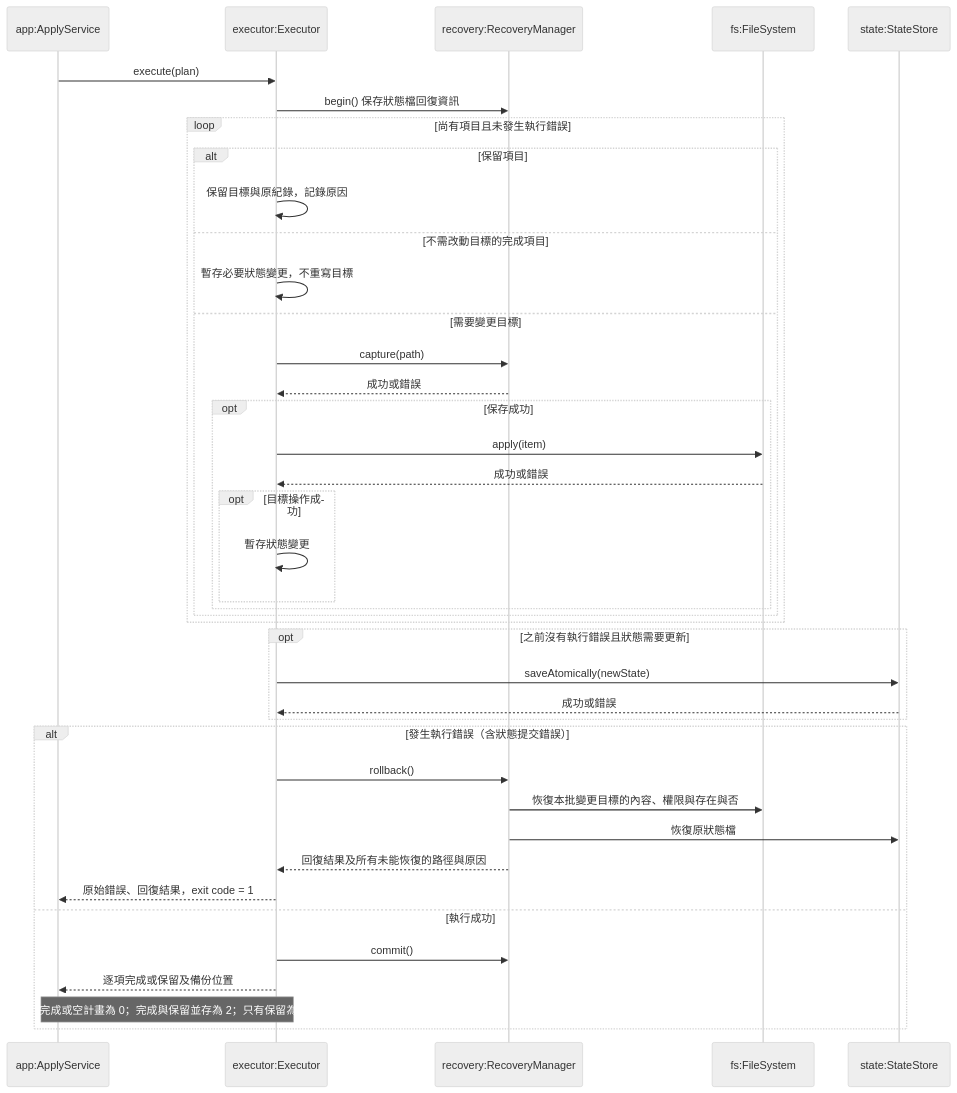
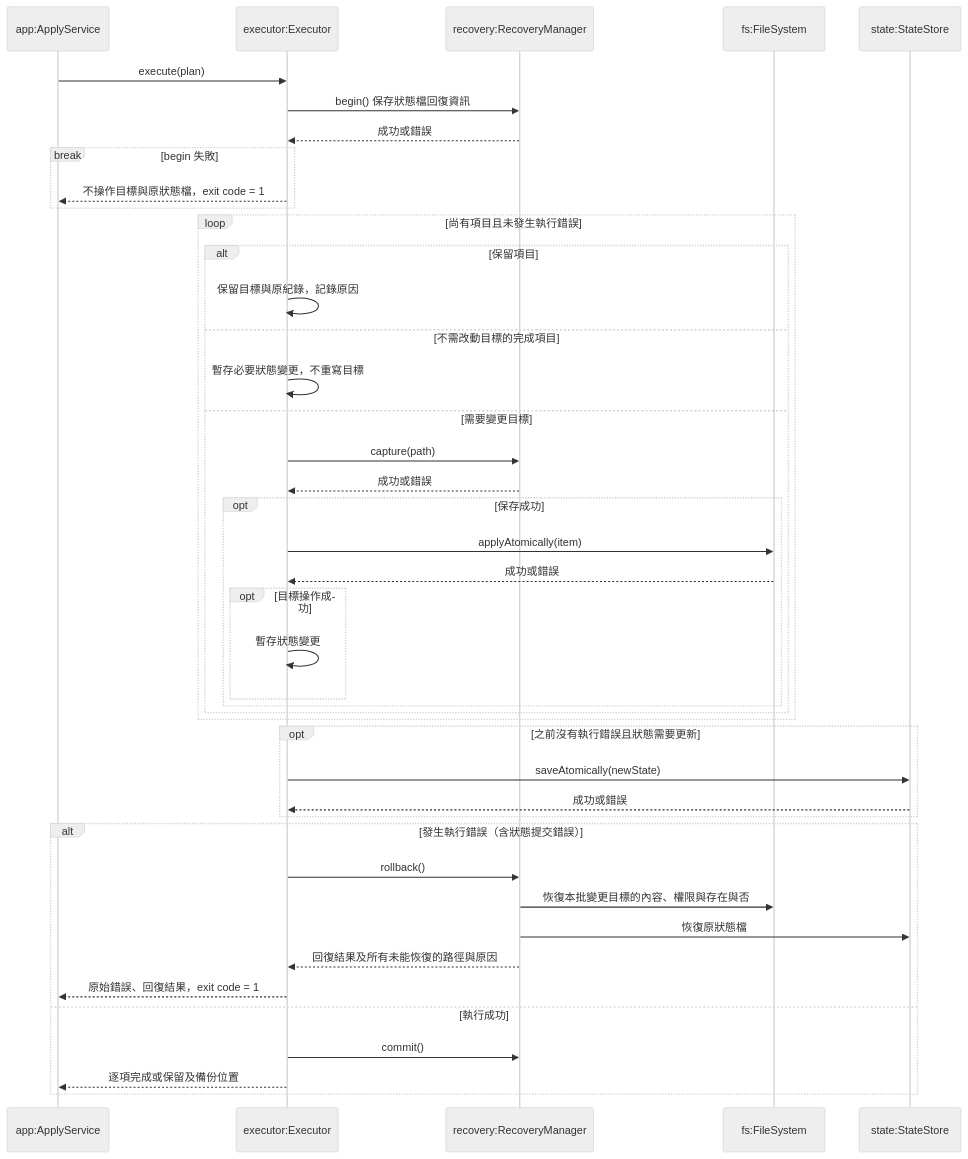
One commit to accidental-two-timer-sam-woof/rosamta-waterfall changed the ninth of 10 diagrams in docs/03-preliminary-design/uml.md. Above: the diagram before and after it, drawn with Mermaid (neutral theme). The commit also changed other lines of this file, not shown here.

Commit message:
docs: fix UML consistency with SRS

````diff
--- a/docs/03-preliminary-design/uml.md
+++ b/docs/03-preliminary-design/uml.md
@@ -368,42 +372,45 @@
 ```mermaid
 sequenceDiagram
     participant A as app:ApplyService
     participant E as executor:Executor
     participant R as recovery:RecoveryManager
     participant F as fs:FileSystem
     participant S as state:StateStore
     A->>E: execute(plan)
     E->>R: begin() 保存狀態檔回復資訊
+    R-->>E: 成功或錯誤
+    break begin 失敗
+        E-->>A: 不操作目標與原狀態檔，exit code = 1
+    end
     loop 尚有項目且未發生執行錯誤
         alt 保留項目
             E->>E: 保留目標與原紀錄，記錄原因
         else 不需改動目標的完成項目
             E->>E: 暫存必要狀態變更，不重寫目標
         else 需要變更目標
             E->>R: capture(path)
             R-->>E: 成功或錯誤
             opt 保存成功
-                E->>F: apply(item)
+                E->>F: applyAtomically(item)
                 F-->>E: 成功或錯誤
                 opt 目標操作成功
                     E->>E: 暫存狀態變更
                 end
             end
         end
     end
     opt 之前沒有執行錯誤且狀態需要更新
         E->>S: saveAtomically(newState)
         S-->>E: 成功或錯誤
     end
     alt 發生執行錯誤（含狀態提交錯誤）
         E->>R: rollback()
         R->>F: 恢復本批變更目標的內容、權限與存在與否
         R->>S: 恢復原狀態檔
         R-->>E: 回復結果及所有未能恢復的路徑與原因
         E-->>A: 原始錯誤、回復結果，exit code = 1
     else 執行成功
         E->>R: commit()
         E-->>A: 逐項完成或保留及備份位置
-        Note over A,E: 全完成或空計畫為 0；完成與保留並存為 2；只有保留為 1
     end
 ```
````
